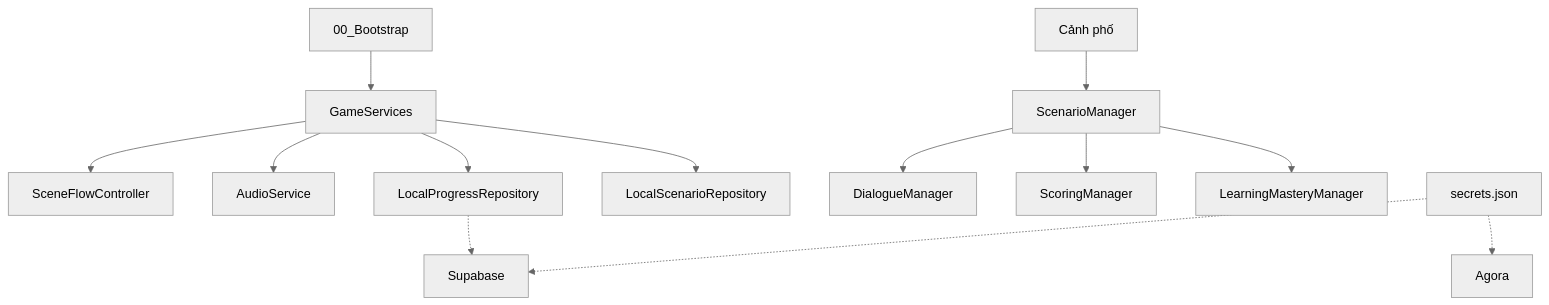
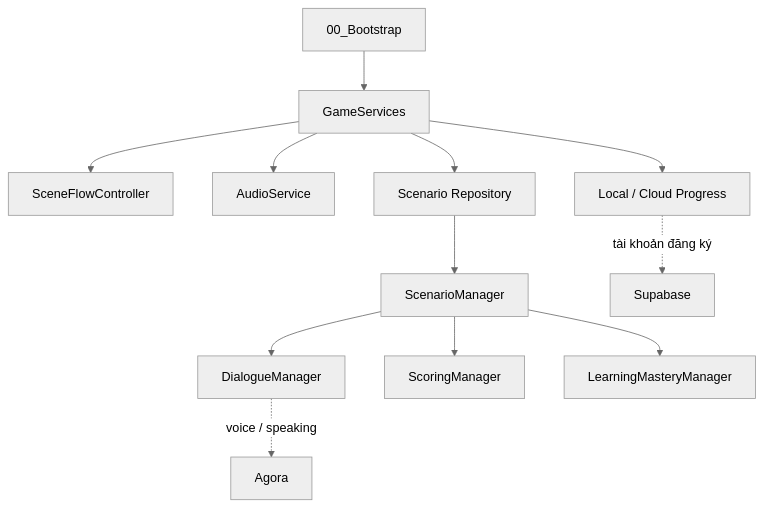
The second of 2 diagrams in README.md (StephenSouth13/NihongoLife), drawn with Mermaid (neutral theme) before and after one commit. The commit also changed other lines of this file and 23 other files, not shown here.

````diff
--- a/README.md
+++ b/README.md
@@ -149,15 +168,14 @@
 ```mermaid
 graph TD
     Boot[00_Bootstrap] --> Services[GameServices]
-    Services --> Scenes[SceneFlowController]
+    Services --> Flow[SceneFlowController]
     Services --> Audio[AudioService]
-    Services --> Save[LocalProgressRepository]
-    Services --> Scenarios[LocalScenarioRepository]
-    Town[Cảnh phố] --> Scenario[ScenarioManager]
+    Services --> Save[Local / Cloud Progress]
+    Services --> Content[Scenario Repository]
+    Content --> Scenario[ScenarioManager]
     Scenario --> Dialogue[DialogueManager]
     Scenario --> Score[ScoringManager]
     Scenario --> Mastery[LearningMasteryManager]
-    Secrets[secrets.json] -.-> Supabase
-    Secrets -.-> Agora
-    Save -.-> Supabase
+    Save -. tài khoản đăng ký .-> Supabase
+    Dialogue -. voice / speaking .-> Agora
 ```
````
